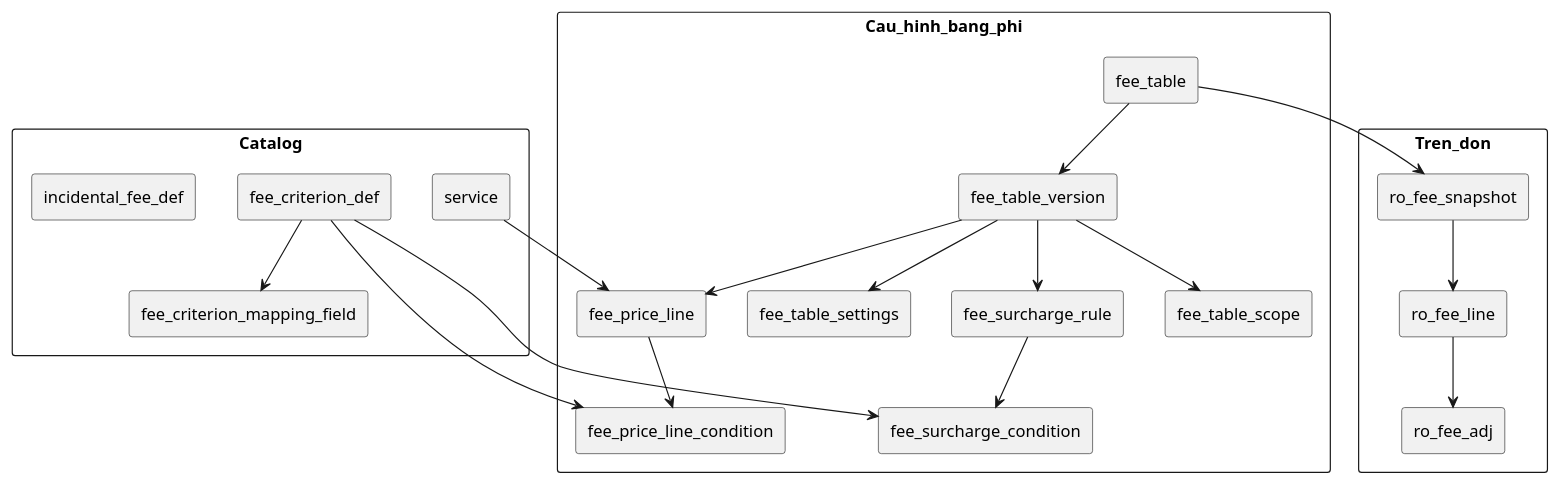
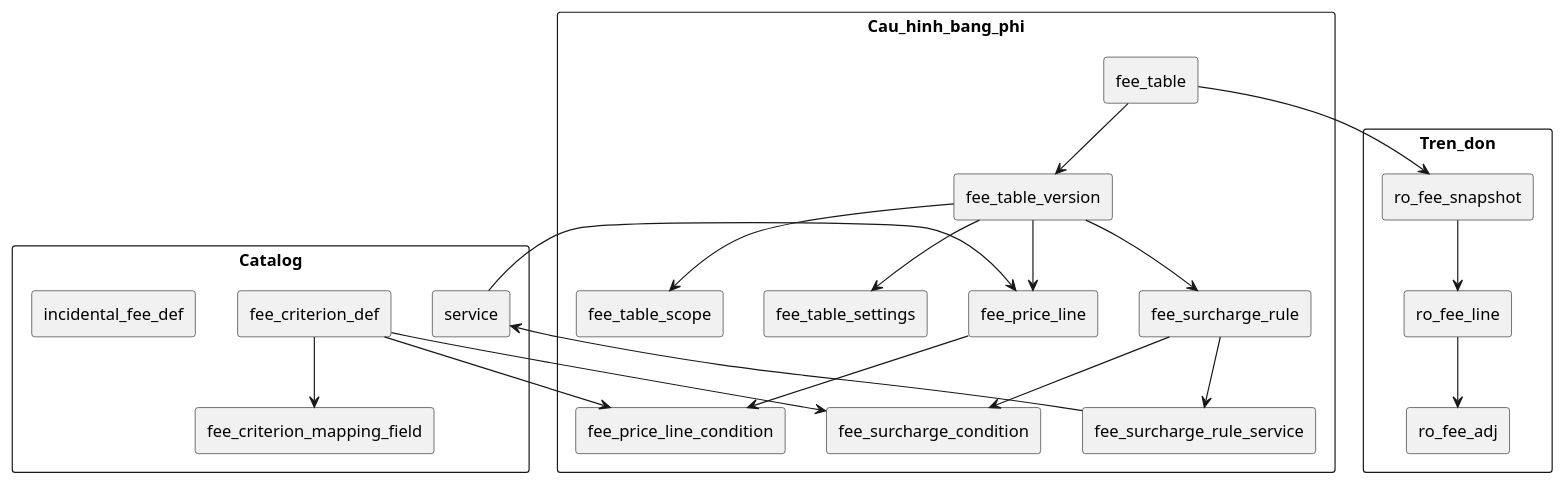
Before and after one commit to ducld-vetc/rsa-design: the diagram in docs/diagrams/fee-schema-groups.puml, drawn with PlantUML. The commit also changed 4 other files, not shown here.

```diff
--- a/docs/diagrams/fee-schema-groups.puml
+++ b/docs/diagrams/fee-schema-groups.puml
@@ -1,42 +1,45 @@
 @startuml
 skinparam packageStyle rectangle
 
 package "Catalog" {
   rectangle fee_criterion_def as CritDef
   rectangle fee_criterion_mapping_field as CritMap
   rectangle service as Svc
   rectangle incidental_fee_def as Incidental
 }
 
 package "Cau_hinh_bang_phi" {
   rectangle fee_table as FT
   rectangle fee_table_version as FTV
   rectangle fee_table_scope as Scope
   rectangle fee_table_settings as Settings
   rectangle fee_price_line as PL
   rectangle fee_price_line_condition as PLC
   rectangle fee_surcharge_rule as SR
+  rectangle fee_surcharge_rule_service as SRS
   rectangle fee_surcharge_condition as SRC
 }
 
 package "Tren_don" {
   rectangle ro_fee_snapshot as Snap
   rectangle ro_fee_line as Line
   rectangle ro_fee_adj as Adj
 }
 
 CritDef --> CritMap
 CritDef --> PLC
 CritDef --> SRC
 FT --> FTV
 FTV --> Scope
 FTV --> Settings
 FTV --> PL
 FTV --> SR
 PL --> PLC
 SR --> SRC
+SR --> SRS
+SRS --> Svc
 FT --> Snap
 Snap --> Line
 Line --> Adj
 Svc --> PL
 @enduml
```
